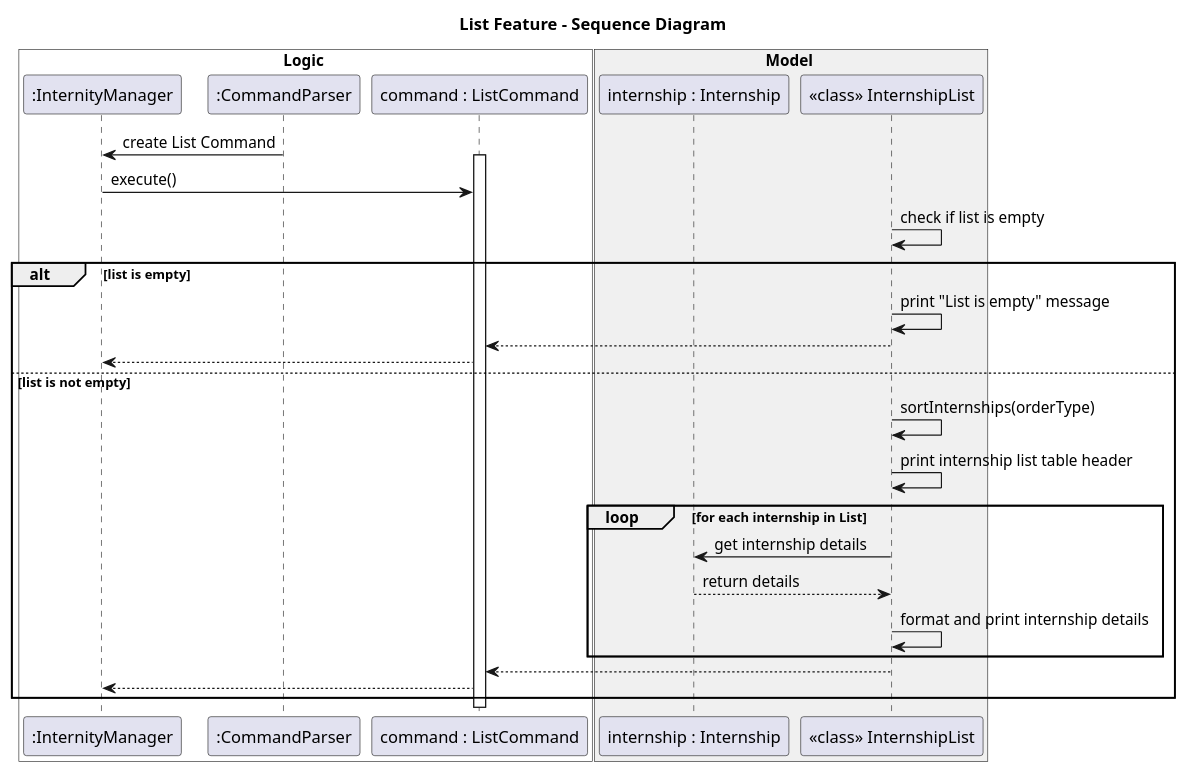
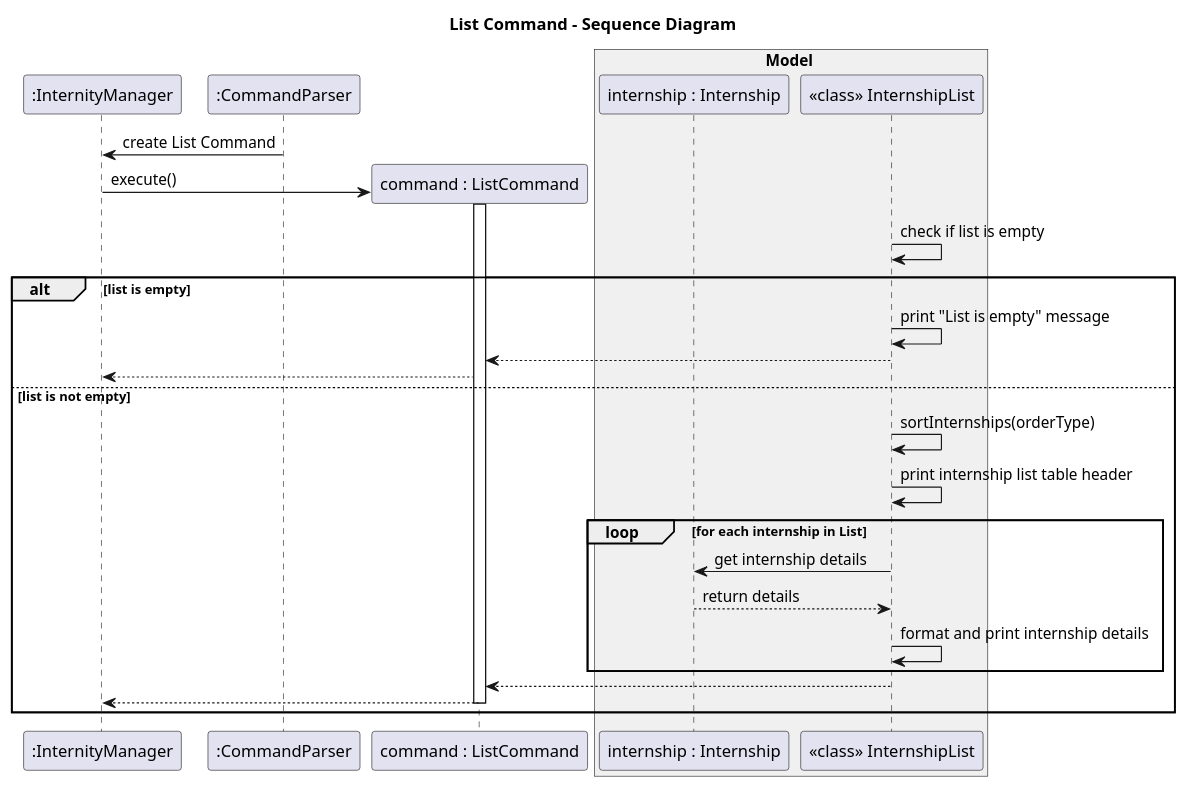
One commit to BenyAlbatross/tp changed the diagram in docs/diagrams/ListFeatureSD.puml. Above: the diagram before and after it, drawn with PlantUML.

Commit message:
fix ListCommand creation rename "List feature" to "List Command"

```diff
--- a/docs/diagrams/ListFeatureSD.puml
+++ b/docs/diagrams/ListFeatureSD.puml
@@ -1,36 +1,37 @@
 @startuml ModelComponentSD
-title List Feature - Sequence Diagram
+title List Command - Sequence Diagram
 
-box Logic #FFFFFF
 participant ":InternityManager" as Manager
 participant ":CommandParser" as Parser
 participant "command : ListCommand" as Command
-end box
 
 box Model #F0F0F0
 participant "internship : Internship" as internship
 participant "<<class>> InternshipList" as Model
 end box
 
+
 Parser -> Manager : create List Command
+create Command
+Manager -> Command : execute()
 activate Command
-Manager -> Command : execute()
 
 Model -> Model : check if list is empty
 alt list is empty
     Model -> Model : print "List is empty" message
     Model --> Command
     Command --> Manager
 else list is not empty
     Model -> Model : sortInternships(orderType)
     Model -> Model : print internship list table header
     loop for each internship in List
         Model -> internship : get internship details
         internship --> Model : return details
         Model -> Model : format and print internship details
     end
     Model --> Command
     Command --> Manager
+    deactivate Command
 end
 
 @enduml
```
